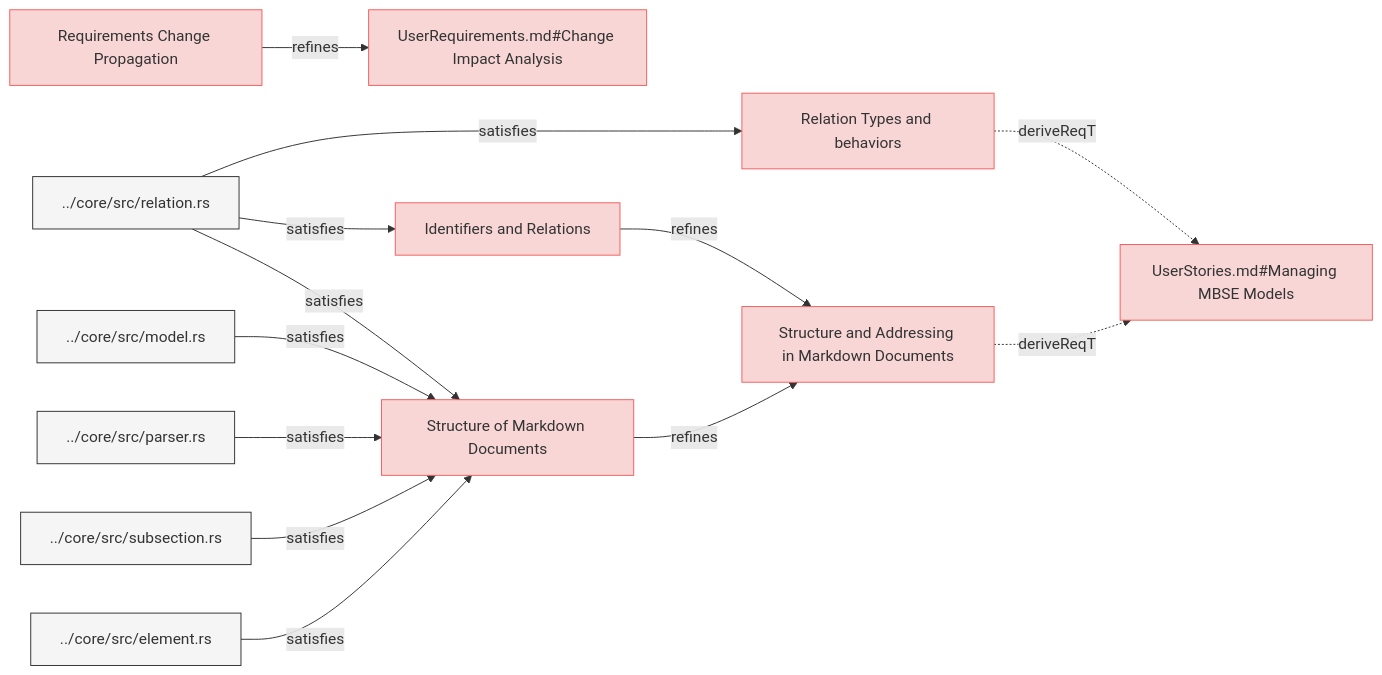
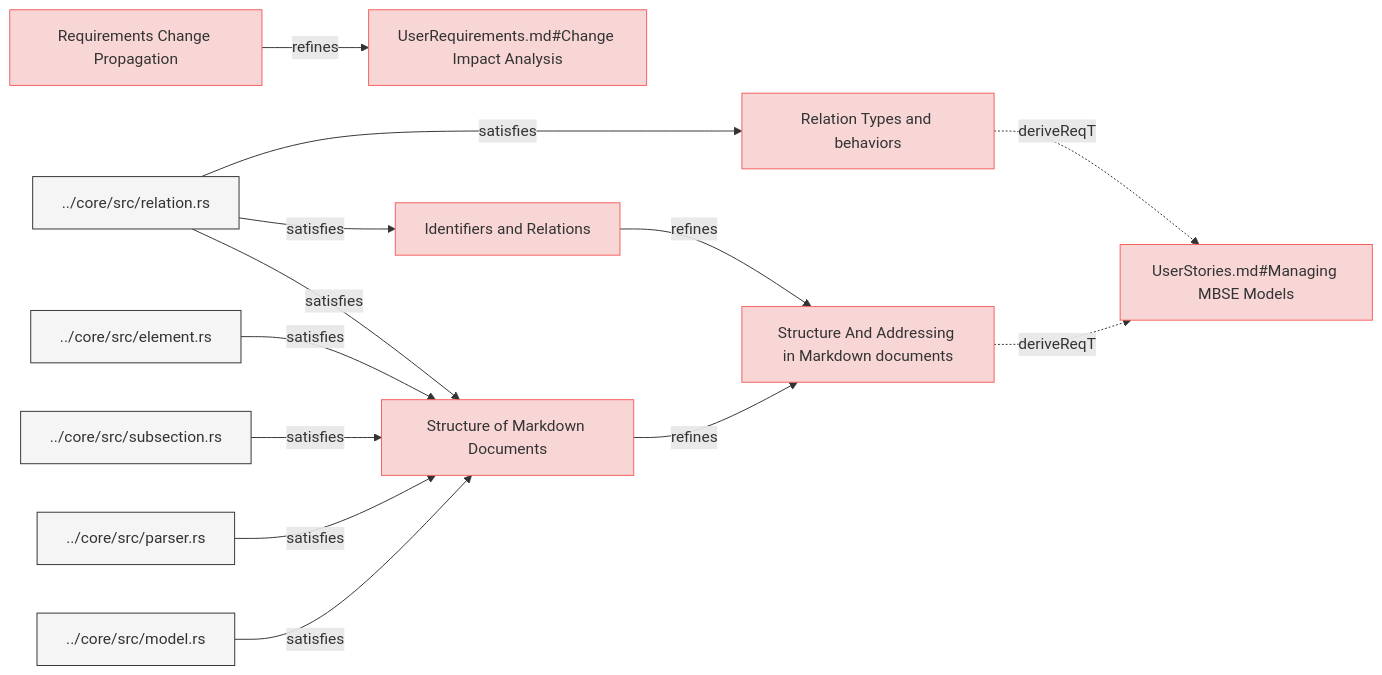
The first of 3 diagrams in specifications/SpecificationsRequirements.md (reqvire-org/reqvire), drawn with Mermaid before and after one commit. The commit also changed 21 other files, not shown here.

````diff
--- a/specifications/SpecificationsRequirements.md
+++ b/specifications/SpecificationsRequirements.md
@@ -4,57 +4,57 @@
 ```mermaid
 graph LR;
   %% Graph styling
   classDef requirement fill:#f9d6d6,stroke:#f55f5f,stroke-width:1px;
   classDef verification fill:#d6f9d6,stroke:#5fd75f,stroke-width:1px;
   classDef externalLink fill:#d0e0ff,stroke:#3080ff,stroke-width:1px;
   classDef default fill:#f5f5f5,stroke:#333333,stroke-width:1px;
 
-  42623d37cb96d447["Structure and Addressing in Markdown Documents"];
-  click 42623d37cb96d447 "https://github.com/ilijaljubicic/Reqvire/blob/8a68ca1eab81bac7964085e47777a0a92447c6a5/specifications/SpecificationsRequirements.md#structure-and-addressing-in-markdown-documents";
-  class 42623d37cb96d447 requirement;
-  1902659ed14c4615["UserStories.md#Managing MBSE Models"];
-  class 1902659ed14c4615 requirement;
-  click 1902659ed14c4615 "https://github.com/ilijaljubicic/Reqvire/blob/8a68ca1eab81bac7964085e47777a0a92447c6a5/specifications/UserStories.md#managing-mbse-models";
-  42623d37cb96d447 -.->|deriveReqT| 1902659ed14c4615;
-  a2c3e78d2963e98["Structure of Markdown Documents"];
-  click a2c3e78d2963e98 "https://github.com/ilijaljubicic/Reqvire/blob/8a68ca1eab81bac7964085e47777a0a92447c6a5/specifications/SpecificationsRequirements.md#structure-of-markdown-documents";
-  class a2c3e78d2963e98 requirement;
-  a2c3e78d2963e98 -->|refines| 42623d37cb96d447;
-  a5d081e55d4f6501["../core/src/relation.rs"];
-  class a5d081e55d4f6501 default;
-  click a5d081e55d4f6501 "https://github.com/ilijaljubicic/Reqvire/blob/8a68ca1eab81bac7964085e47777a0a92447c6a5/core/src/relation.rs";
-  a5d081e55d4f6501 -->|satisfies| a2c3e78d2963e98;
-  c1267163bffca360["../core/src/element.rs"];
-  class c1267163bffca360 default;
-  click c1267163bffca360 "https://github.com/ilijaljubicic/Reqvire/blob/8a68ca1eab81bac7964085e47777a0a92447c6a5/core/src/element.rs";
-  c1267163bffca360 -->|satisfies| a2c3e78d2963e98;
-  64c8cfac9e2e6b8["../core/src/subsection.rs"];
-  class 64c8cfac9e2e6b8 default;
-  click 64c8cfac9e2e6b8 "https://github.com/ilijaljubicic/Reqvire/blob/8a68ca1eab81bac7964085e47777a0a92447c6a5/core/src/subsection.rs";
-  64c8cfac9e2e6b8 -->|satisfies| a2c3e78d2963e98;
-  8af498811b4b1f17["../core/src/parser.rs"];
-  class 8af498811b4b1f17 default;
-  click 8af498811b4b1f17 "https://github.com/ilijaljubicic/Reqvire/blob/8a68ca1eab81bac7964085e47777a0a92447c6a5/core/src/parser.rs";
-  8af498811b4b1f17 -->|satisfies| a2c3e78d2963e98;
-  2671722513a08b18["../core/src/model.rs"];
-  class 2671722513a08b18 default;
-  click 2671722513a08b18 "https://github.com/ilijaljubicic/Reqvire/blob/8a68ca1eab81bac7964085e47777a0a92447c6a5/core/src/model.rs";
-  2671722513a08b18 -->|satisfies| a2c3e78d2963e98;
-  6b4e50ab2251059a["Identifiers and Relations"];
-  click 6b4e50ab2251059a "https://github.com/ilijaljubicic/Reqvire/blob/8a68ca1eab81bac7964085e47777a0a92447c6a5/specifications/SpecificationsRequirements.md#identifiers-and-relations";
-  class 6b4e50ab2251059a requirement;
-  6b4e50ab2251059a -->|refines| 42623d37cb96d447;
-  a5d081e55d4f6501 -->|satisfies| 6b4e50ab2251059a;
-  2d15970eff910dc2["Requirements Change Propagation"];
-  click 2d15970eff910dc2 "https://github.com/ilijaljubicic/Reqvire/blob/8a68ca1eab81bac7964085e47777a0a92447c6a5/specifications/SpecificationsRequirements.md#requirements-change-propagation";
-  class 2d15970eff910dc2 requirement;
-  6f4efc192ae34938["UserRequirements.md#Change Impact Analysis"];
-  class 6f4efc192ae34938 requirement;
-  click 6f4efc192ae34938 "https://github.com/ilijaljubicic/Reqvire/blob/8a68ca1eab81bac7964085e47777a0a92447c6a5/specifications/UserRequirements.md#change-impact-analysis";
-  2d15970eff910dc2 -->|refines| 6f4efc192ae34938;
-  b2e7c7fada8a1e2d["Relation Types and behaviors"];
-  click b2e7c7fada8a1e2d "https://github.com/ilijaljubicic/Reqvire/blob/8a68ca1eab81bac7964085e47777a0a92447c6a5/specifications/SpecificationsRequirements.md#relation-types-and-behaviors";
-  class b2e7c7fada8a1e2d requirement;
-  b2e7c7fada8a1e2d -.->|deriveReqT| 1902659ed14c4615;
-  a5d081e55d4f6501 -->|satisfies| b2e7c7fada8a1e2d;
+  d914e938be7e0abf["Requirements Change Propagation"];
+  click d914e938be7e0abf "https://github.com/Reqvire/reqvire/blob/f18e52f9f88c64f67a79abc4e93eb74b3ec22615/specifications/SpecificationsRequirements.md#requirements-change-propagation";
+  class d914e938be7e0abf requirement;
+  c699ef8d6d1f99d1["UserRequirements.md#Change Impact Analysis"];
+  class c699ef8d6d1f99d1 requirement;
+  click c699ef8d6d1f99d1 "https://github.com/Reqvire/reqvire/blob/f18e52f9f88c64f67a79abc4e93eb74b3ec22615/specifications/UserRequirements.md#change-impact-analysis";
+  d914e938be7e0abf -->|refines| c699ef8d6d1f99d1;
+  34ac784ed0e00552["Identifiers and Relations"];
+  click 34ac784ed0e00552 "https://github.com/Reqvire/reqvire/blob/f18e52f9f88c64f67a79abc4e93eb74b3ec22615/specifications/SpecificationsRequirements.md#identifiers-and-relations";
+  class 34ac784ed0e00552 requirement;
+  a9d2746640af5d30["Structure And Addressing in Markdown documents"];
+  class a9d2746640af5d30 requirement;
+  click a9d2746640af5d30 "https://github.com/Reqvire/reqvire/blob/f18e52f9f88c64f67a79abc4e93eb74b3ec22615/specifications/SpecificationsRequirements.md#structure-and-addressing-in-markdown-documents";
+  34ac784ed0e00552 -->|refines| a9d2746640af5d30;
+  a01a924ab0c27629["../core/src/relation.rs"];
+  class a01a924ab0c27629 default;
+  click a01a924ab0c27629 "https://github.com/Reqvire/reqvire/blob/f18e52f9f88c64f67a79abc4e93eb74b3ec22615/core/src/relation.rs";
+  a01a924ab0c27629 -->|satisfies| 34ac784ed0e00552;
+  29eb679eef252d12["Relation Types and behaviors"];
+  click 29eb679eef252d12 "https://github.com/Reqvire/reqvire/blob/f18e52f9f88c64f67a79abc4e93eb74b3ec22615/specifications/SpecificationsRequirements.md#relation-types-and-behaviors";
+  class 29eb679eef252d12 requirement;
+  c75ac8fa29479ca5["UserStories.md#Managing MBSE Models"];
+  class c75ac8fa29479ca5 requirement;
+  click c75ac8fa29479ca5 "https://github.com/Reqvire/reqvire/blob/f18e52f9f88c64f67a79abc4e93eb74b3ec22615/specifications/UserStories.md#managing-mbse-models";
+  29eb679eef252d12 -.->|deriveReqT| c75ac8fa29479ca5;
+  a01a924ab0c27629 -->|satisfies| 29eb679eef252d12;
+  a9d2746640af5d30 -.->|deriveReqT| c75ac8fa29479ca5;
+  11082285c19e9df["Structure of Markdown Documents"];
+  click 11082285c19e9df "https://github.com/Reqvire/reqvire/blob/f18e52f9f88c64f67a79abc4e93eb74b3ec22615/specifications/SpecificationsRequirements.md#structure-of-markdown-documents";
+  class 11082285c19e9df requirement;
+  11082285c19e9df -->|refines| a9d2746640af5d30;
+  a01a924ab0c27629 -->|satisfies| 11082285c19e9df;
+  3e5e5aa2d6181644["../core/src/element.rs"];
+  class 3e5e5aa2d6181644 default;
+  click 3e5e5aa2d6181644 "https://github.com/Reqvire/reqvire/blob/f18e52f9f88c64f67a79abc4e93eb74b3ec22615/core/src/element.rs";
+  3e5e5aa2d6181644 -->|satisfies| 11082285c19e9df;
+  aaf2fdce0a90bd2c["../core/src/subsection.rs"];
+  class aaf2fdce0a90bd2c default;
+  click aaf2fdce0a90bd2c "https://github.com/Reqvire/reqvire/blob/f18e52f9f88c64f67a79abc4e93eb74b3ec22615/core/src/subsection.rs";
+  aaf2fdce0a90bd2c -->|satisfies| 11082285c19e9df;
+  dfd639447d711d62["../core/src/parser.rs"];
+  class dfd639447d711d62 default;
+  click dfd639447d711d62 "https://github.com/Reqvire/reqvire/blob/f18e52f9f88c64f67a79abc4e93eb74b3ec22615/core/src/parser.rs";
+  dfd639447d711d62 -->|satisfies| 11082285c19e9df;
+  36fd2b1e82621caf["../core/src/model.rs"];
+  class 36fd2b1e82621caf default;
+  click 36fd2b1e82621caf "https://github.com/Reqvire/reqvire/blob/f18e52f9f88c64f67a79abc4e93eb74b3ec22615/core/src/model.rs";
+  36fd2b1e82621caf -->|satisfies| 11082285c19e9df;
 ```
````
